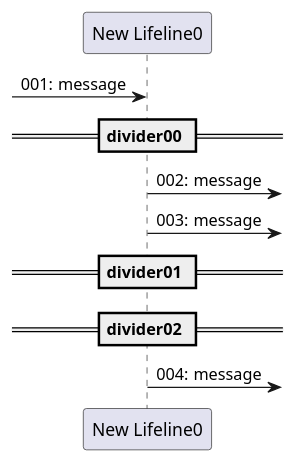
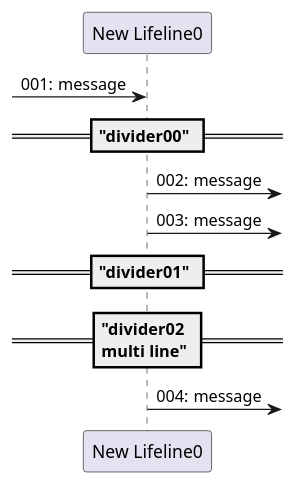
One commit to MichinariNukazawa/daisy_sequence changed the diagram in command-line-test/data/dividers.puml. Above: the diagram before and after it, drawn with PlantUML. The commit also changed 2 other files, not shown here.

Commit message:
divider multi line (linefeed) plantuml export

```diff
--- a/command-line-test/data/dividers.puml
+++ b/command-line-test/data/dividers.puml
@@ -1,22 +1,22 @@
 @startuml
 /' Generator: daisy_sequence 202005.02.0 '/
 
 autonumber "000:"
 
 participant "New Lifeline0" as New_Lifeline__0
 
 [->New_Lifeline__0: message
 
-== divider00 ==
+== "divider00" ==
 New_Lifeline__0->]: message
 ' end lifeline New_Lifeline__0
 New_Lifeline__0->]: message
 ' end lifeline New_Lifeline__0
 
-== divider01 ==
+== "divider01" ==
 
-== divider02 ==
+== "divider02\nmulti line" ==
 New_Lifeline__0->]: message
 ' end lifeline New_Lifeline__0
 
 @enduml
```
